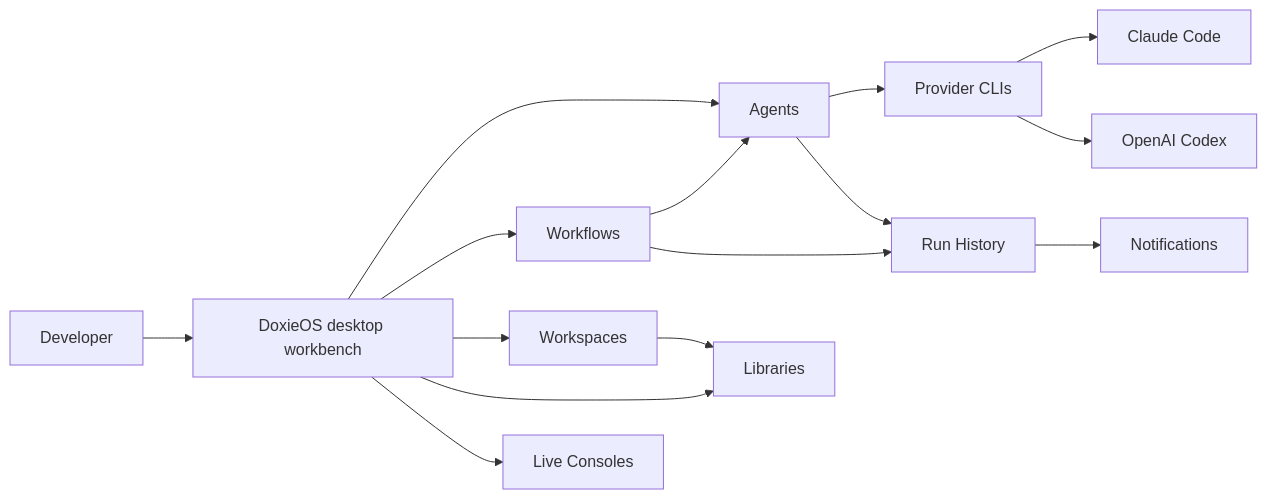
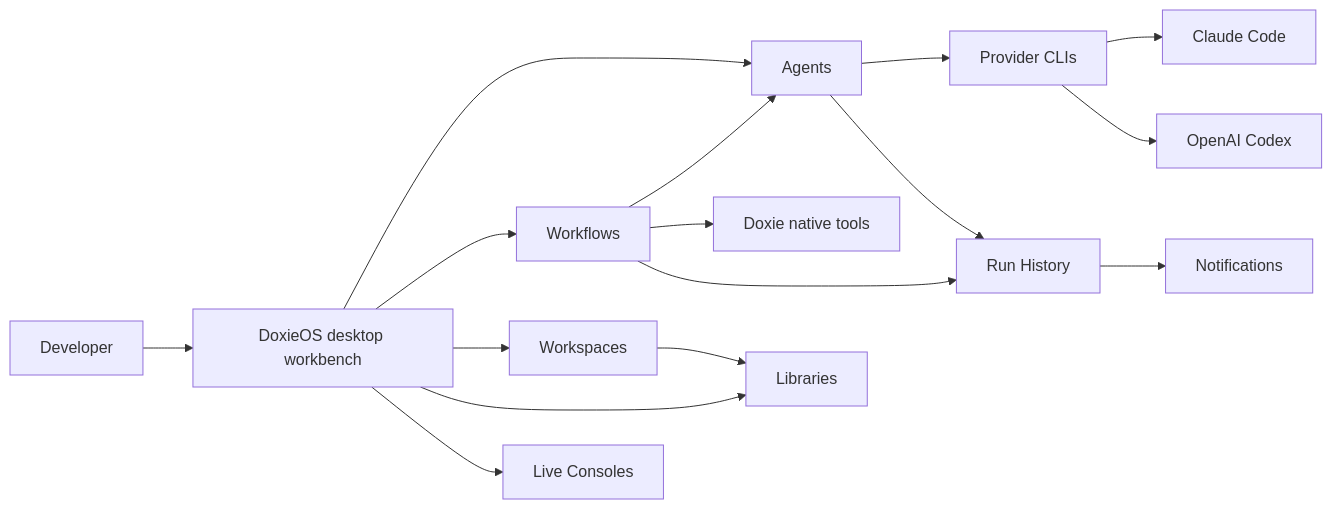
One commit to viamus/DoxieOS changed the diagram in docs/README.md. Above: the diagram before and after it, drawn with Mermaid. The commit also changed other lines of this file and 85 other files, not shown here.

Commit message:
Separate native tools and pass transient context between agents

````diff
--- a/docs/README.md
+++ b/docs/README.md
@@ -21,17 +21,18 @@
 ```mermaid
 flowchart LR
     User["Developer"] --> Shell["DoxieOS desktop workbench"]
     Shell --> Agents["Agents"]
     Shell --> Workflows["Workflows"]
     Shell --> Workspaces["Workspaces"]
     Shell --> Libraries["Libraries"]
     Shell --> Consoles["Live Consoles"]
     Agents --> Providers["Provider CLIs"]
     Workflows --> Agents
+    Workflows --> Tools["Doxie native tools"]
     Workspaces --> Libraries
     Providers --> Claude["Claude Code"]
     Providers --> Codex["OpenAI Codex"]
     Workflows --> History["Run History"]
     Agents --> History
     History --> Notifications["Notifications"]
 ```
````
